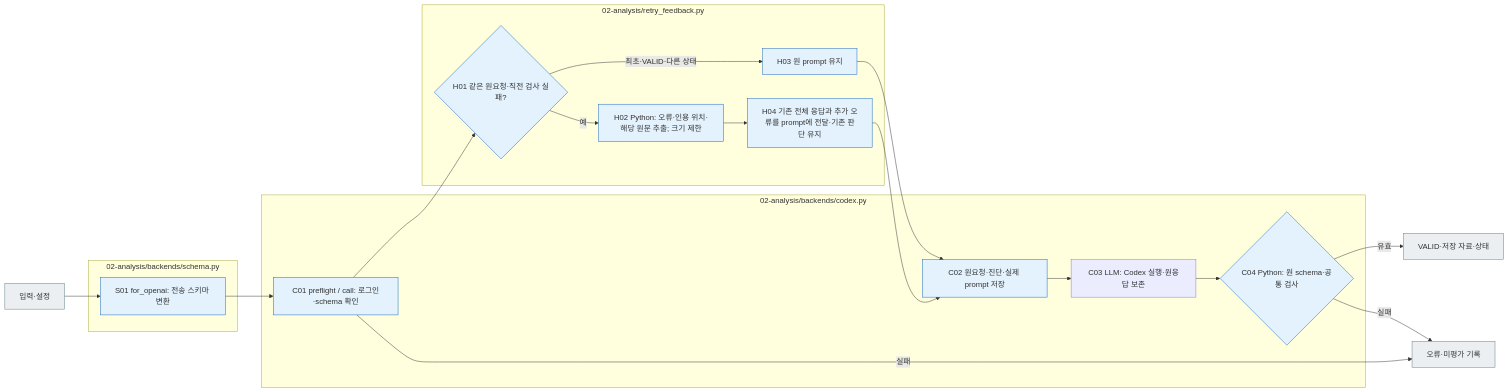
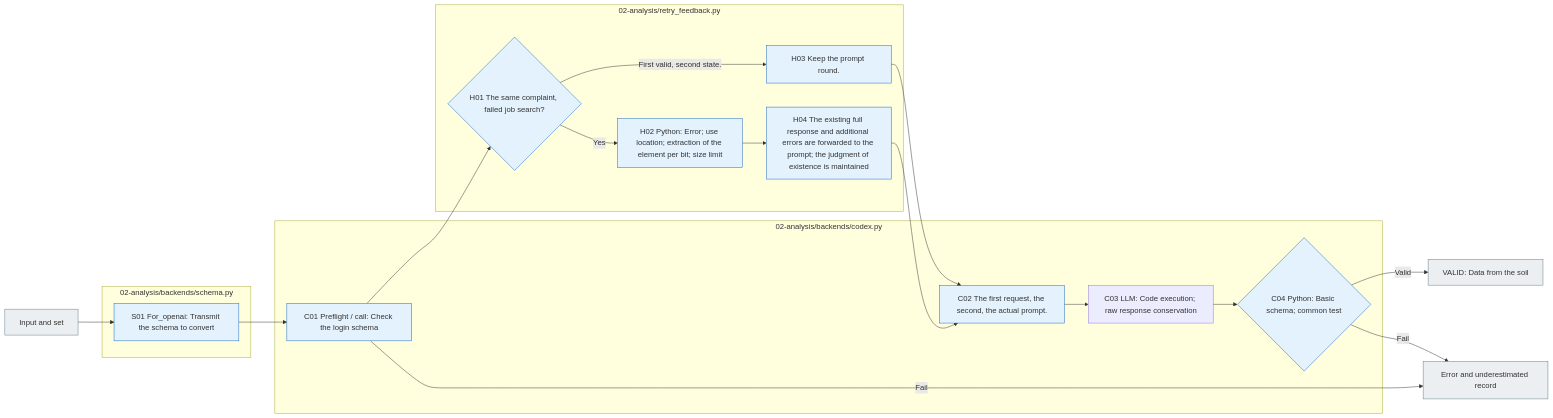
One commit to pnu-clink/finject changed the diagram in src/finarch/experiments/02-analysis/backends/README.md. Above: the diagram before and after it, drawn with Mermaid. The commit also changed other lines of this file and 644 other files, not shown here.

````diff
--- a/src/finarch/experiments/02-analysis/backends/README.md
+++ b/src/finarch/experiments/02-analysis/backends/README.md
@@ -23,28 +23,28 @@
 ```mermaid
 flowchart LR
- IN["입력·설정"]
+ IN["Input and set"]
  subgraph F0["02-analysis/backends/codex.py"]
-  N0["C01 preflight / call: 로그인·schema 확인"]
-  C2["C02 원요청·진단·실제 prompt 저장"] --> C3["C03 LLM: Codex 실행·원응답 보존"]
-  C3 --> C4{"C04 Python: 원 schema·공통 검사"}
+  N0["C01 Preflight / call: Check the login schema"]
+  C2["C02 The first request, the second, the actual prompt."] --> C3["C03 LLM: Code execution; raw response conservation"]
+  C3 --> C4{"C04 Python: Basic schema; common test"}
  end
  subgraph F1["02-analysis/backends/schema.py"]
-  N1["S01 for_openai: 전송 스키마 변환"]
+  N1["S01 For_openai: Transmit the schema to convert"]
  end
  subgraph F2["02-analysis/retry_feedback.py"]
-  H1{"H01 같은 원요청·직전 검사 실패?"}
-  H1 -->|예| H2["H02 Python: 오류·인용 위치·해당 원문 추출; 크기 제한"]
-  H1 -->|최초·VALID·다른 상태| H3["H03 원 prompt 유지"]
-  H2 --> H4["H04 기존 전체 응답과 추가 오류를 prompt에 전달·기존 판단 유지"]
+  H1{"H01 The same complaint, failed job search?"}
+  H1 -->|Yes| H2["H02 Python: Error; use location; extraction of the element per bit; size limit"]
+  H1 -->|First valid, second state.| H3["H03 Keep the prompt round."]
+  H2 --> H4["H04 The existing full response and additional errors are forwarded to the prompt; the judgment of existence is maintained"]
  end
  IN --> N1 --> N0 --> H1
  H3 --> C2
  H4 --> C2
- C4 -->|유효| OUT["VALID·저장 자료·상태"]
- C4 -->|실패| ERR["오류·미평가 기록; 상위 승인·예산에 따라 재시도"]
- N0 -->|실패| ERR["오류·미평가 기록"]
+ C4 -->|Valid| OUT["VALID: Data from the soil"]
+ C4 -->|Fail| ERR["Error, underestimated record, re-evaluation according to top approval, estimate"]
+ N0 -->|Fail| ERR["Error and underestimated record"]
  classDef python fill:#e3f2fd,stroke:#1565c0;
  classDef file fill:#eceff1,stroke:#607d8b;
  class N0,N1,H1,H2,H3,H4,C2,C4 python;
  class IN,OUT,ERR file;
 ```
````
